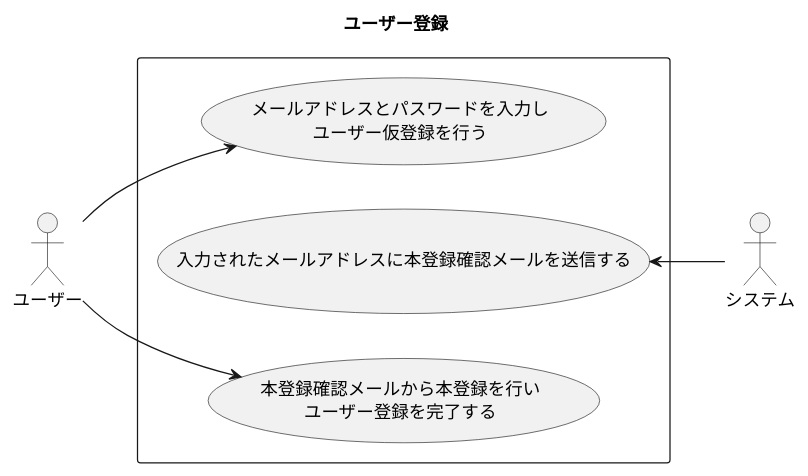
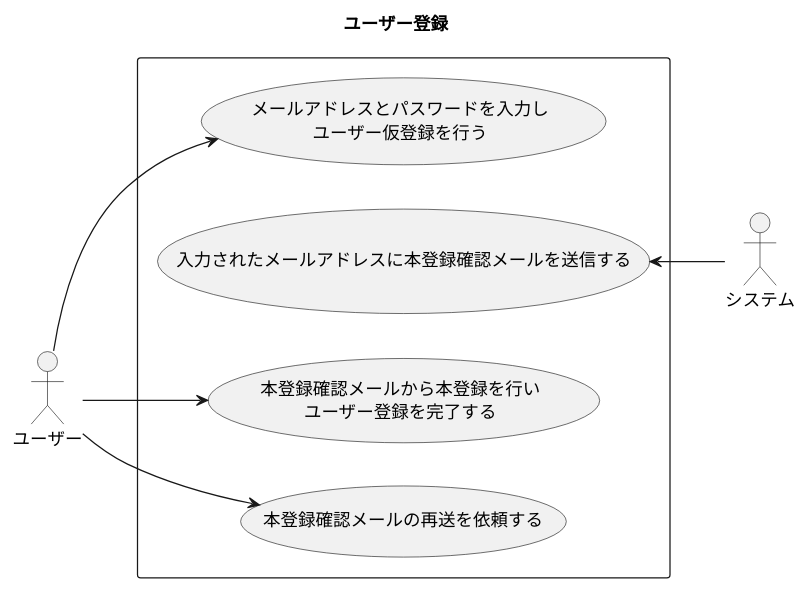
Before and after one commit to h-maki2/identityAccess: the diagram in modelingDiagram/useCaseDiagram/userRegister.pu, drawn with PlantUML. The commit also changed 8 other files, not shown here.

```diff
--- a/modelingDiagram/useCaseDiagram/userRegister.pu
+++ b/modelingDiagram/useCaseDiagram/userRegister.pu
@@ -1,11 +1,12 @@
 @startuml
 title ユーザー登録
 left to right direction
 actor ユーザー
 actor システム
 rectangle {
    ユーザー --> (メールアドレスとパスワードを入力し\nユーザー仮登録を行う)
    (入力されたメールアドレスに本登録確認メールを送信する) <-- システム
    ユーザー --> (本登録確認メールから本登録を行い\nユーザー登録を完了する)
+   ユーザー --> (本登録確認メールの再送を依頼する)
 }
 @enduml
```
